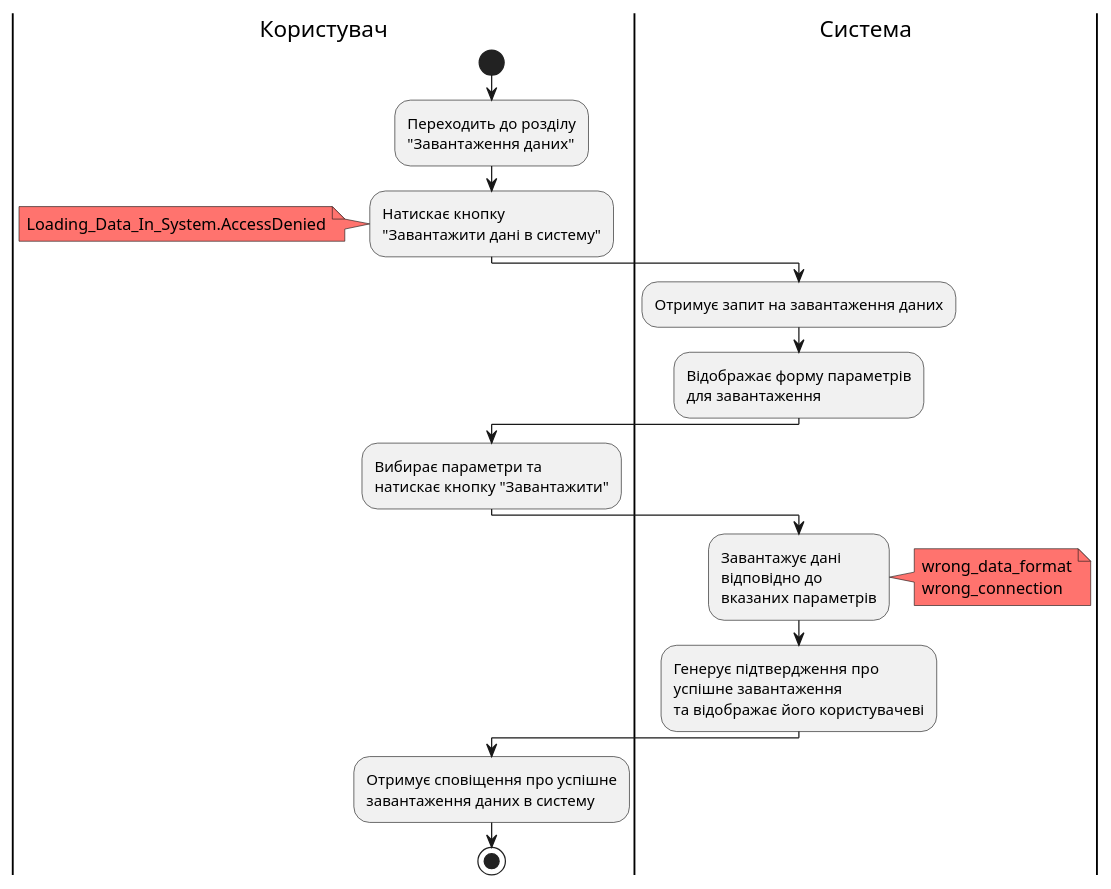
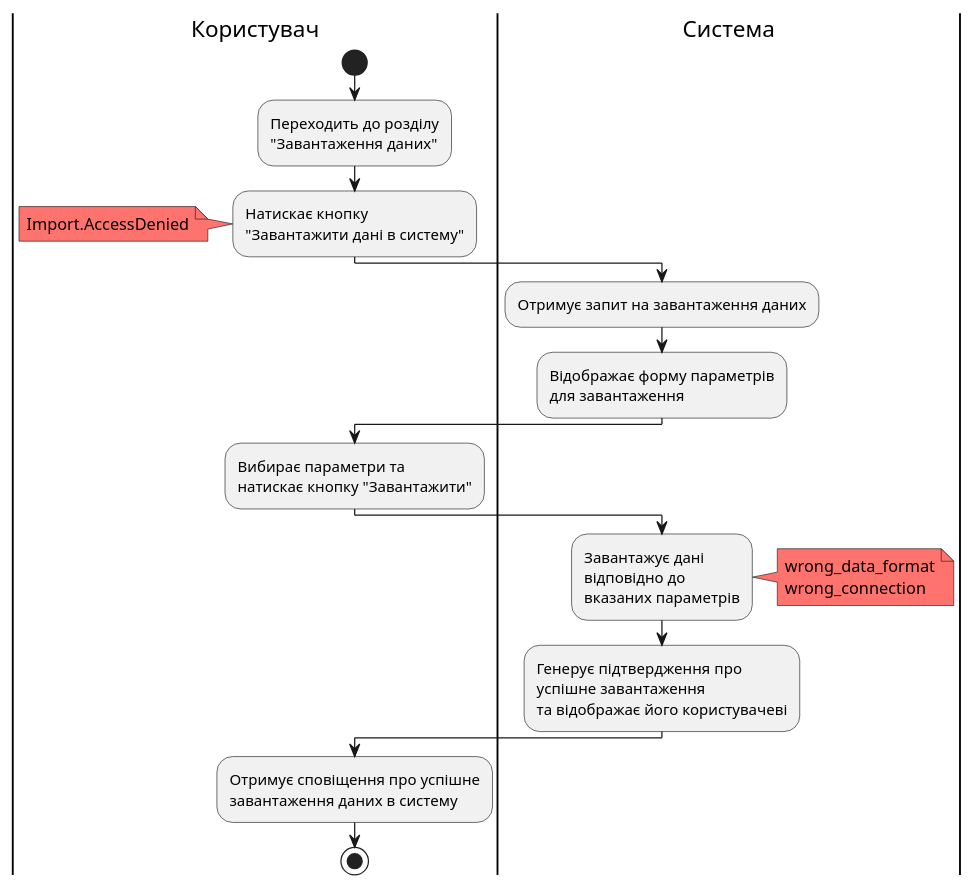
Diagram 12 of 18 in docs/use cases/README.md (nonGratis/retarder-io-23-3-26), drawn with PlantUML before and after one commit. The commit also changed other lines of this file and 4 other files, not shown here.

```diff
--- a/docs/use cases/README.md
+++ b/docs/use cases/README.md
@@ -365,24 +370,24 @@
 @startuml
-|Користувач| 
+|Користувач|
     start
     :Переходить до розділу\n"Завантаження даних";
     :Натискає кнопку\n"Завантажити дані в систему";
         note left #FF736E
-            Loading_Data_In_System.AccessDenied
+            Import.AccessDenied
         end note
 |Система|
     :Отримує запит на завантаження даних;
     :Відображає форму параметрів\nдля завантаження;
-|Користувач| 
+|Користувач|
     :Вибирає параметри та\nнатискає кнопку "Завантажити";
-|Система| 
+|Система|
     :Завантажує дані\nвідповідно до\nвказаних параметрів;
         note right #FF736E
             wrong_data_format
             wrong_connection
         end note
     :Генерує підтвердження про\nуспішне завантаження\nта відображає його користувачеві;
-|Користувач| 
+|Користувач|
     :Отримує сповіщення про успішне\nзавантаження даних в систему;
     stop
 @enduml
```
